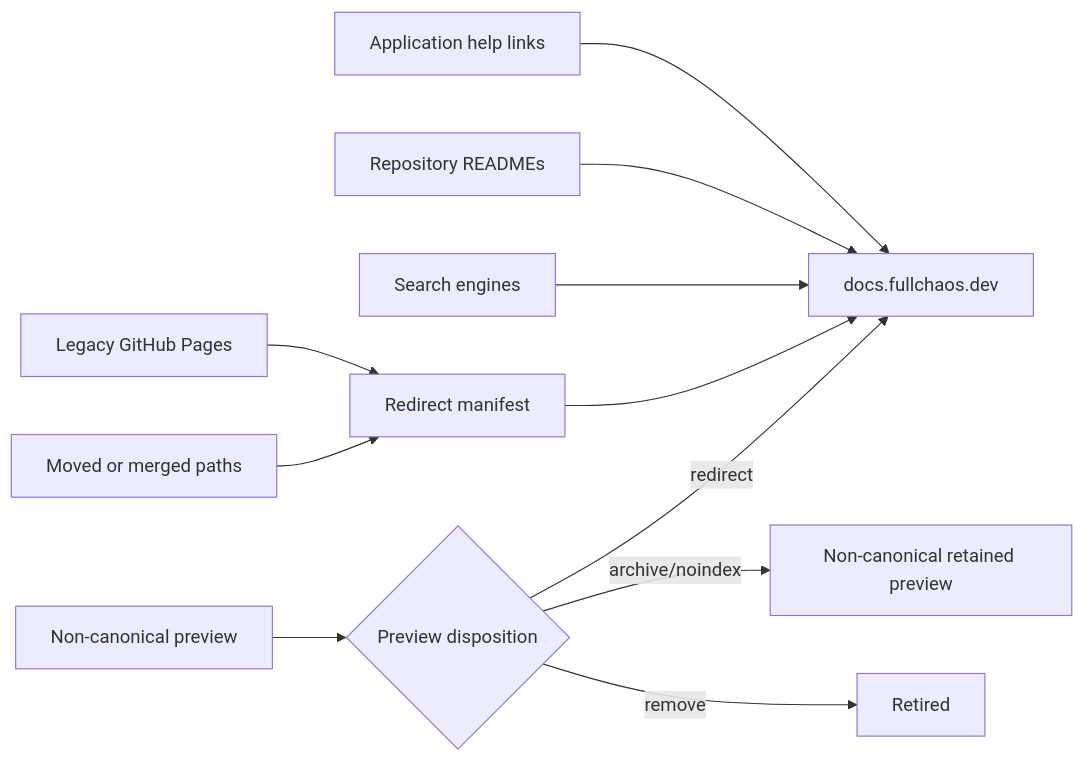
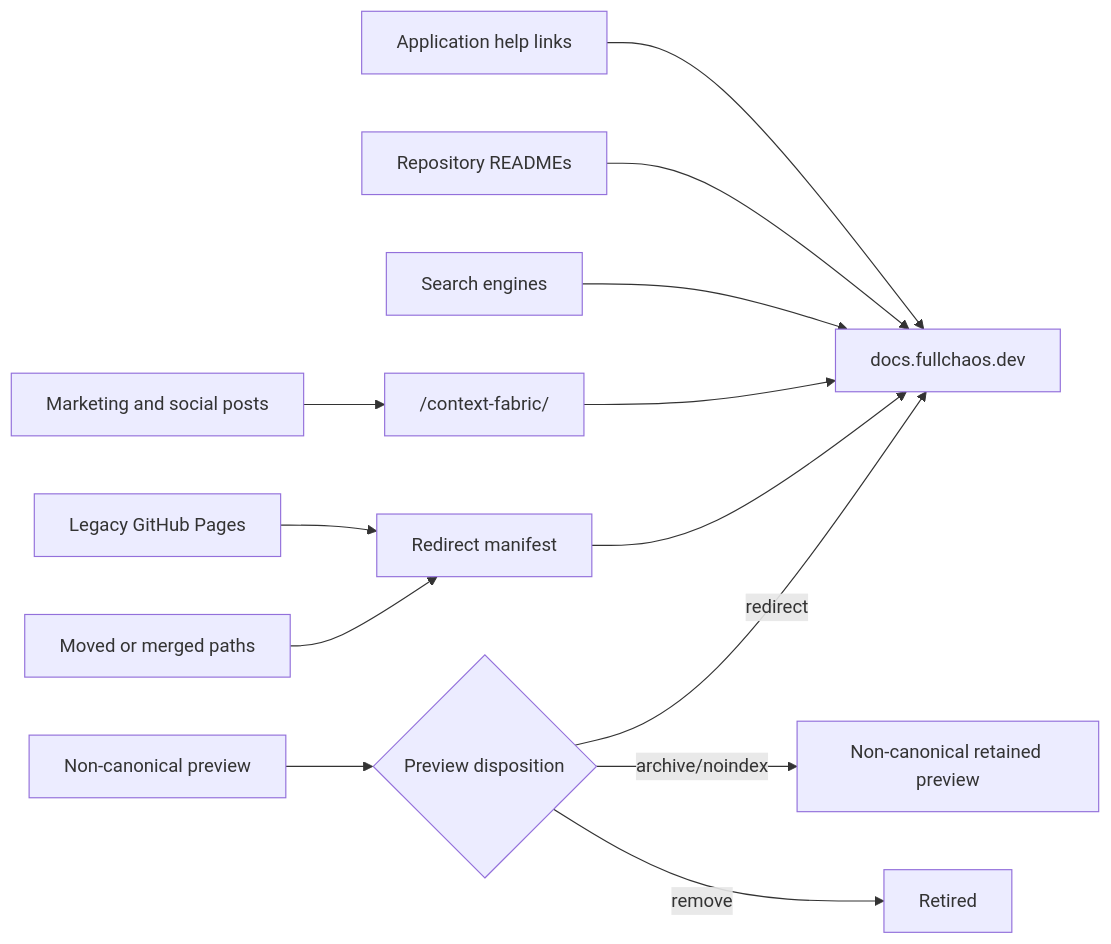
One commit to full-chaos/dev-health-ops changed the eighth of 8 diagrams in docs/contribute/documentation/ia-diagrams.md. Above: the diagram before and after it, drawn with Mermaid. The commit also changed other lines of this file, not shown here.

Commit message:
docs: update IA diagrams for Context Fabric page

````diff
--- a/docs/contribute/documentation/ia-diagrams.md
+++ b/docs/contribute/documentation/ia-diagrams.md
@@ -210,13 +216,15 @@
 ```mermaid
 flowchart LR
   APP["Application help links"] --> CANON["docs.fullchaos.dev"]
   README["Repository READMEs"] --> CANON
   SEARCH["Search engines"] --> CANON
+  SOCIAL["Marketing and social posts"] --> CF["/context-fabric/"]
+  CF --> CANON
   OLD_WORKER["Non-canonical preview"] --> POLICY{"Preview disposition"}
   OLD_GHP["Legacy GitHub Pages"] --> REDIRECTS["Redirect manifest"]
   OLD_PATH["Moved or merged paths"] --> REDIRECTS
   REDIRECTS --> CANON
   POLICY -- redirect --> CANON
   POLICY -- archive/noindex --> ARCHIVE["Non-canonical retained preview"]
   POLICY -- remove --> GONE["Retired"]
 ```
````
